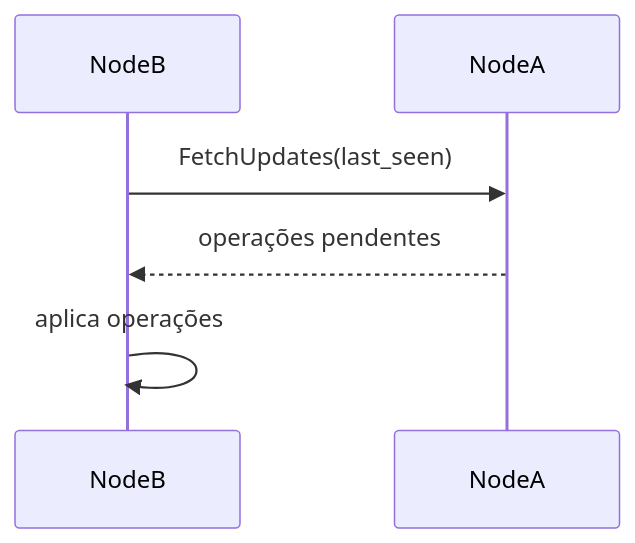
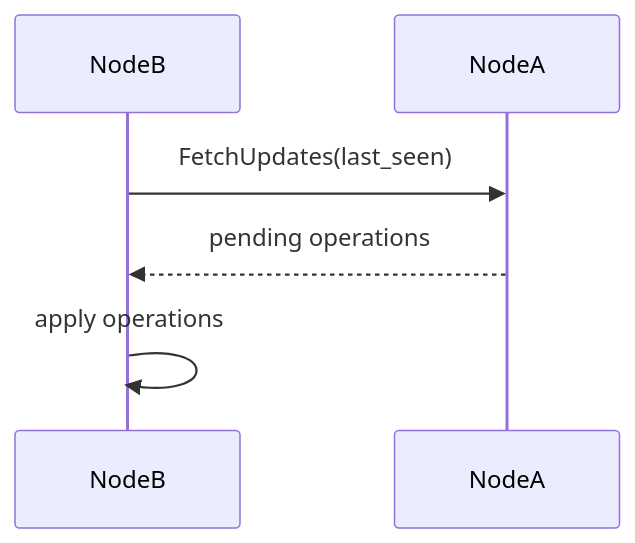
One commit to diegomrodrigues2/relational_distributed_database changed the third of 6 diagrams in README.md. Above: the diagram before and after it, drawn with Mermaid. The commit also changed other lines of this file and 1 other file, not shown here.

````diff
--- a/README.md
+++ b/README.md
@@ -104,8 +98,8 @@
 ```mermaid
 sequenceDiagram
     participant NodeB
     participant NodeA
     NodeB->>NodeA: FetchUpdates(last_seen)
-    NodeA-->>NodeB: operações pendentes
-    NodeB->>NodeB: aplica operações
+    NodeA-->>NodeB: pending operations
+    NodeB->>NodeB: apply operations
 ```
````
